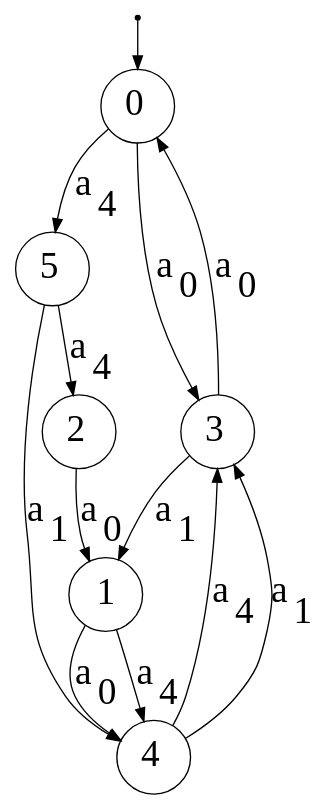
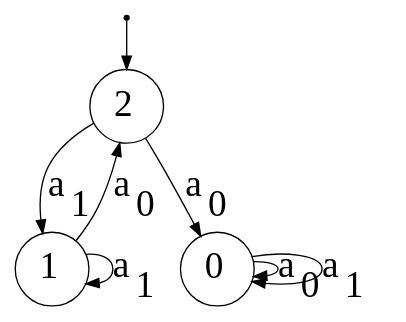
Before and after one commit to Reithger/Finite-State-Machine-Model: the diagram in dotsource.dot, drawn with Graphviz. The commit also changed 5 other files, not shown here.

```diff
--- a/dotsource.dot
+++ b/dotsource.dot
@@ -1,21 +1,13 @@
 digraph G {
 "n0"[label= <0> shape=circle color="black" style=wedged fillcolor="white" style=filled fontsize="28"];
-"ArbitraryUnusedNameNoWorriesJustGrooving1"[fontSize=1 shape=point];
 "n1"[label= <1> shape=circle color="black" style=wedged fillcolor="white" style=filled fontsize="28"];
 "n2"[label= <2> shape=circle color="black" style=wedged fillcolor="white" style=filled fontsize="28"];
-"n3"[label= <3> shape=circle color="black" style=wedged fillcolor="white" style=filled fontsize="28"];
-"n4"[label= <4> shape=circle color="black" style=wedged fillcolor="white" style=filled fontsize="28"];
-"n5"[label= <5> shape=circle color="black" style=wedged fillcolor="white" style=filled fontsize="28"];
-{"ArbitraryUnusedNameNoWorriesJustGrooving1"}->{"n0"};
-{"n0"}->{"n5"}[label = <a<sub>4</sub>> color="black" arrowhead="normal" style="" fontsize="28"];
-{"n0"}->{"n3"}[label = <a<sub>0</sub>> color="black" arrowhead="normal" style="" fontsize="28"];
-{"n1"}->{"n4"}[label = <a<sub>4</sub>> color="black" arrowhead="normal" style="" fontsize="28"];
-{"n1"}->{"n4"}[label = <a<sub>0</sub>> color="black" arrowhead="normal" style="" fontsize="28"];
-{"n2"}->{"n1"}[label = <a<sub>0</sub>> color="black" arrowhead="normal" style="" fontsize="28"];
-{"n3"}->{"n0"}[label = <a<sub>0</sub>> color="black" arrowhead="normal" style="" fontsize="28"];
-{"n3"}->{"n1"}[label = <a<sub>1</sub>> color="black" arrowhead="normal" style="" fontsize="28"];
-{"n4"}->{"n3"}[label = <a<sub>1</sub>> color="black" arrowhead="normal" style="" fontsize="28"];
-{"n4"}->{"n3"}[label = <a<sub>4</sub>> color="black" arrowhead="normal" style="" fontsize="28"];
-{"n5"}->{"n2"}[label = <a<sub>4</sub>> color="black" arrowhead="normal" style="" fontsize="28"];
-{"n5"}->{"n4"}[label = <a<sub>1</sub>> color="black" arrowhead="normal" style="" fontsize="28"];
+"ArbitraryUnusedNameNoWorriesJustGrooving3"[fontSize=1 shape=point];
+{"ArbitraryUnusedNameNoWorriesJustGrooving3"}->{"n2"};
+{"n0"}->{"n0"}[label = <a<sub>0</sub>> color="black" arrowhead="normal" style="" fontsize="28"];
+{"n0"}->{"n0"}[label = <a<sub>1</sub>> color="black" arrowhead="normal" style="" fontsize="28"];
+{"n1"}->{"n2"}[label = <a<sub>0</sub>> color="black" arrowhead="normal" style="" fontsize="28"];
+{"n1"}->{"n1"}[label = <a<sub>1</sub>> color="black" arrowhead="normal" style="" fontsize="28"];
+{"n2"}->{"n1"}[label = <a<sub>1</sub>> color="black" arrowhead="normal" style="" fontsize="28"];
+{"n2"}->{"n0"}[label = <a<sub>0</sub>> color="black" arrowhead="normal" style="" fontsize="28"];
 }
```
